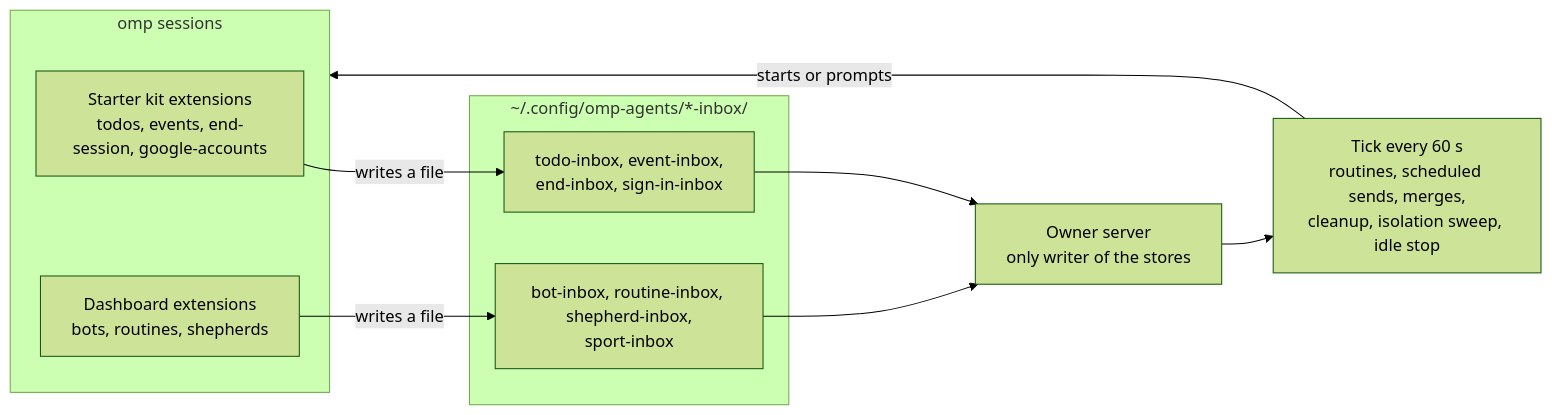
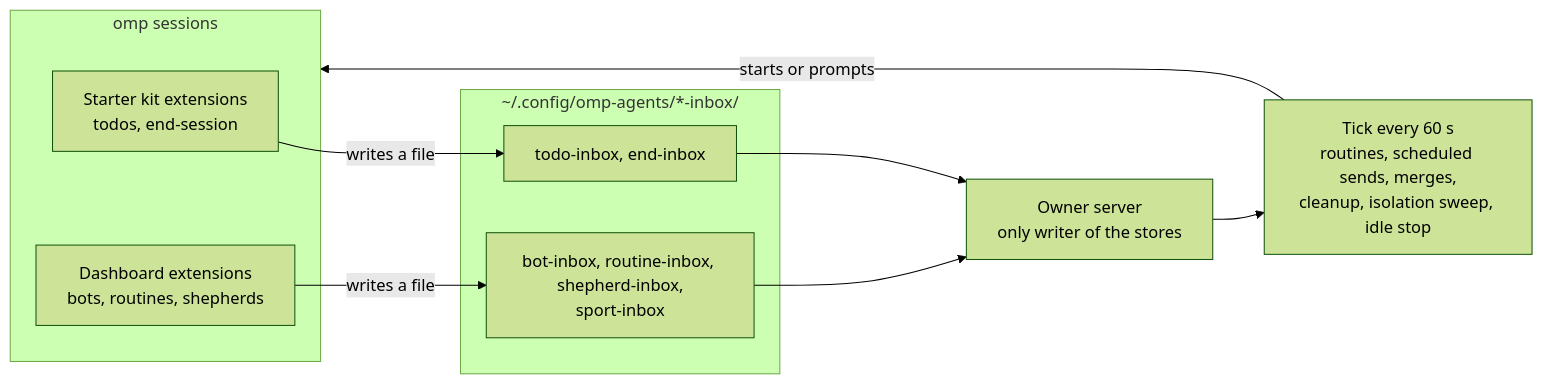
Before and after one commit to MaisonnatM/omp-agents: the fourth of 5 diagrams in docs/architecture/harness-map.md, drawn with Mermaid (forest theme). The commit also changed 80 other files, not shown here.

First line of the commit message:
Finish removing Gmail, Google Calendar, Google accounts, and agent reminders

````diff
--- a/docs/architecture/harness-map.md
+++ b/docs/architecture/harness-map.md
@@ -72,17 +72,17 @@
 ```mermaid
 flowchart LR
   subgraph sessions["omp sessions"]
-    kit["Starter kit extensions<br/>todos, events, end-session, google-accounts"]
+    kit["Starter kit extensions<br/>todos, end-session"]
     dashx["Dashboard extensions<br/>bots, routines, shepherds"]
   end
   subgraph inboxes["~/.config/omp-agents/*-inbox/"]
-    i1["todo-inbox, event-inbox,<br/>end-inbox, sign-in-inbox"]
+    i1["todo-inbox, end-inbox"]
     i2["bot-inbox, routine-inbox, shepherd-inbox,<br/>sport-inbox"]
   end
   kit -->|writes a file| i1
   dashx -->|writes a file| i2
   i1 --> owner["Owner server<br/>only writer of the stores"]
   i2 --> owner
   owner --> tick["Tick every 60 s<br/>routines, scheduled sends, merges,<br/>cleanup, isolation sweep, idle stop"]
   tick -->|starts or prompts| sessions
 ```
````
